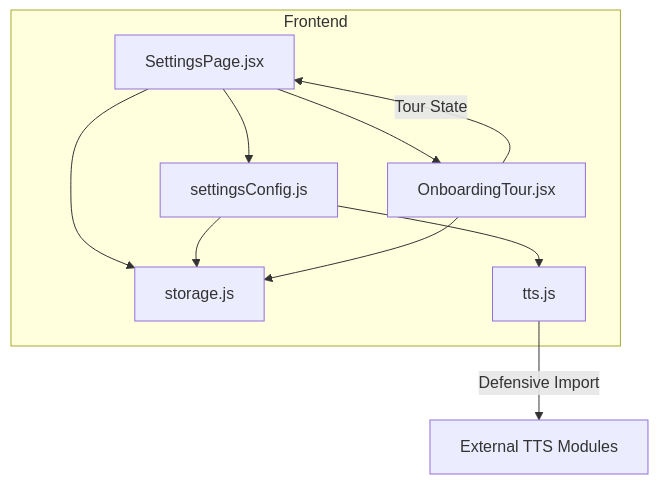
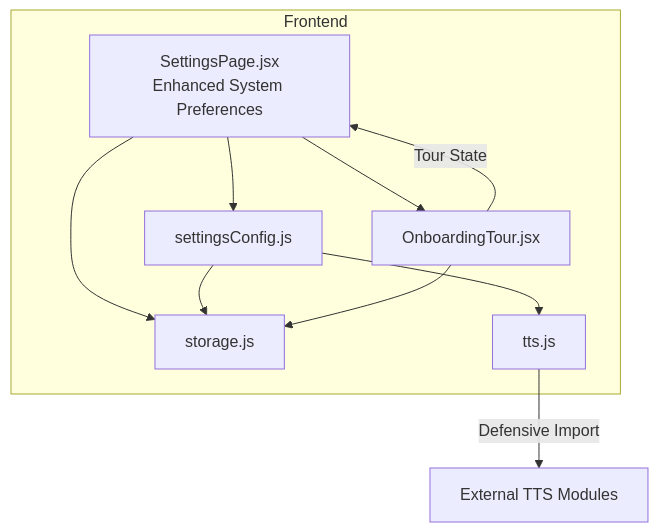
The first of 6 diagrams in .qoder/repowiki/en/content/Utility Libraries/Settings Configuration.md (zmyeo54/briefroom), drawn with Mermaid before and after one commit. The commit also changed other lines of this file and 32 other files, not shown here.

````diff
--- a/.qoder/repowiki/en/content/Utility Libraries/Settings Configuration.md
+++ b/.qoder/repowiki/en/content/Utility Libraries/Settings Configuration.md
@@ -44,18 +45,18 @@
 ```mermaid
 graph TB
 subgraph "Frontend"
-SP["SettingsPage.jsx"]
+SP["SettingsPage.jsx<br/>Enhanced System Preferences"]
 SC["settingsConfig.js"]
 ST["storage.js"]
 OT["OnboardingTour.jsx"]
 TT["tts.js"]
 end
 SP --> SC
 SP --> ST
 SP --> OT
 SC --> ST
 SC --> TT
 OT --> ST
 OT --> |Tour State| SP
 TT --> |Defensive Import| External["External TTS Modules"]
 ```
````
